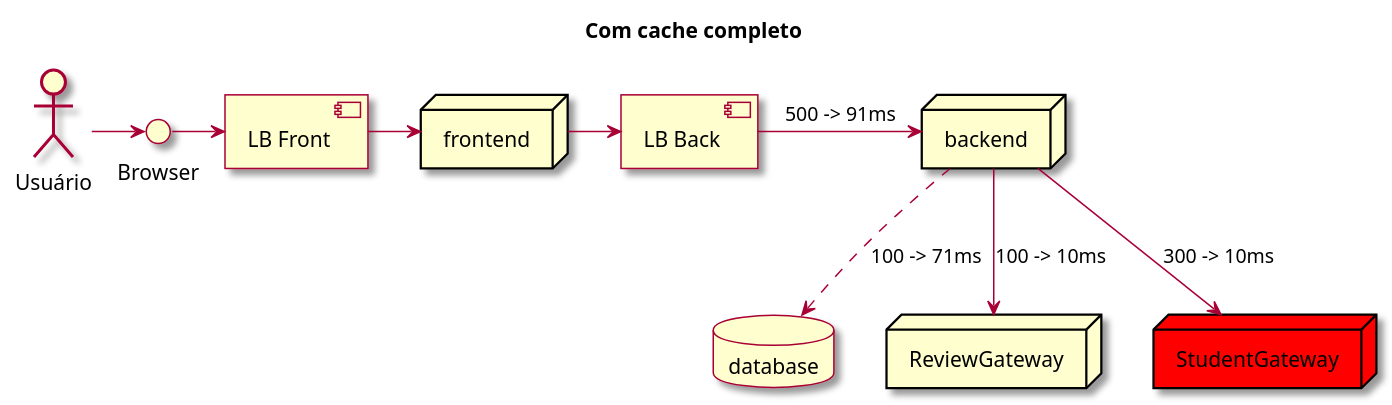
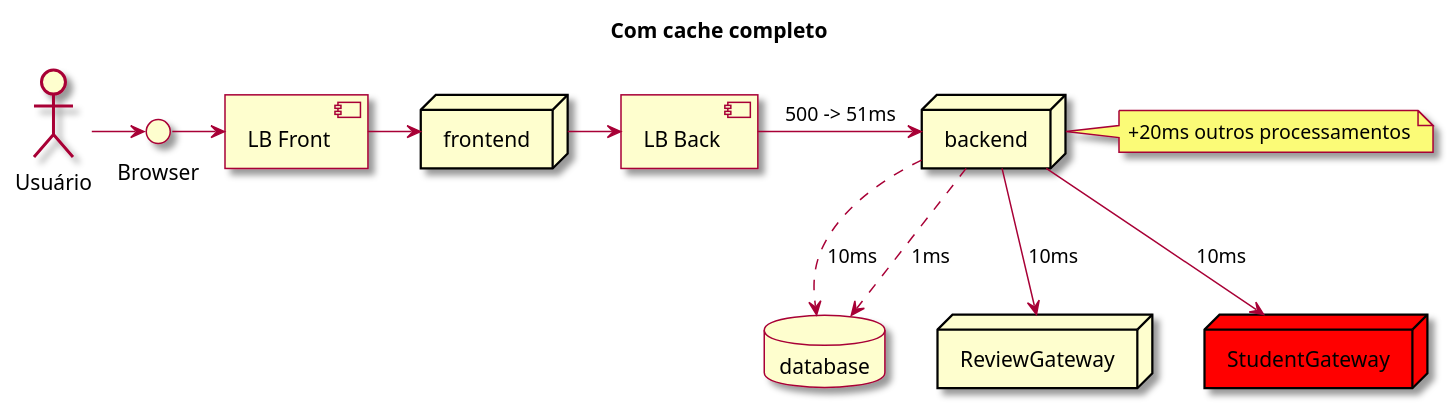
Before and after one commit to charlesardsilva/lecture-cache-content: the diagram in docs/diagrams/request-sem-cdn-with-cache.plantuml, drawn with PlantUML. The commit also changed 2 other files, not shown here.

Commit message:
Change diagram

```diff
--- a/docs/diagrams/request-sem-cdn-with-cache.plantuml
+++ b/docs/diagrams/request-sem-cdn-with-cache.plantuml
@@ -1,26 +1,28 @@
 @startuml
 
 skin rose
 
 Title: Com cache completo
 
 component "LB Front" as LBF
 component "LB Back" as LBB
 actor "Usuário" as actor
 database database
 interface "Browser" as browser
 node frontend
 node backend
 node reviewGateway as "ReviewGateway"
 node studentGateway as "StudentGateway" #red
 
 actor -> browser
 browser -> LBF
 LBF -> frontend
 frontend -> LBB
-LBB -> backend : 500 -> 91ms
-backend --> reviewGateway: 100 -> 10ms
-backend --> studentGateway : 300 -> 10ms
-backend ..> database: 100 -> 71ms
+LBB -> backend : 500 -> 51ms
+note right of backend: +20ms outros processamentos
+backend --> reviewGateway: 10ms
+backend --> studentGateway : 10ms
+backend ..> database: 10ms
+backend ..> database: 1ms
 
 @enduml
```
